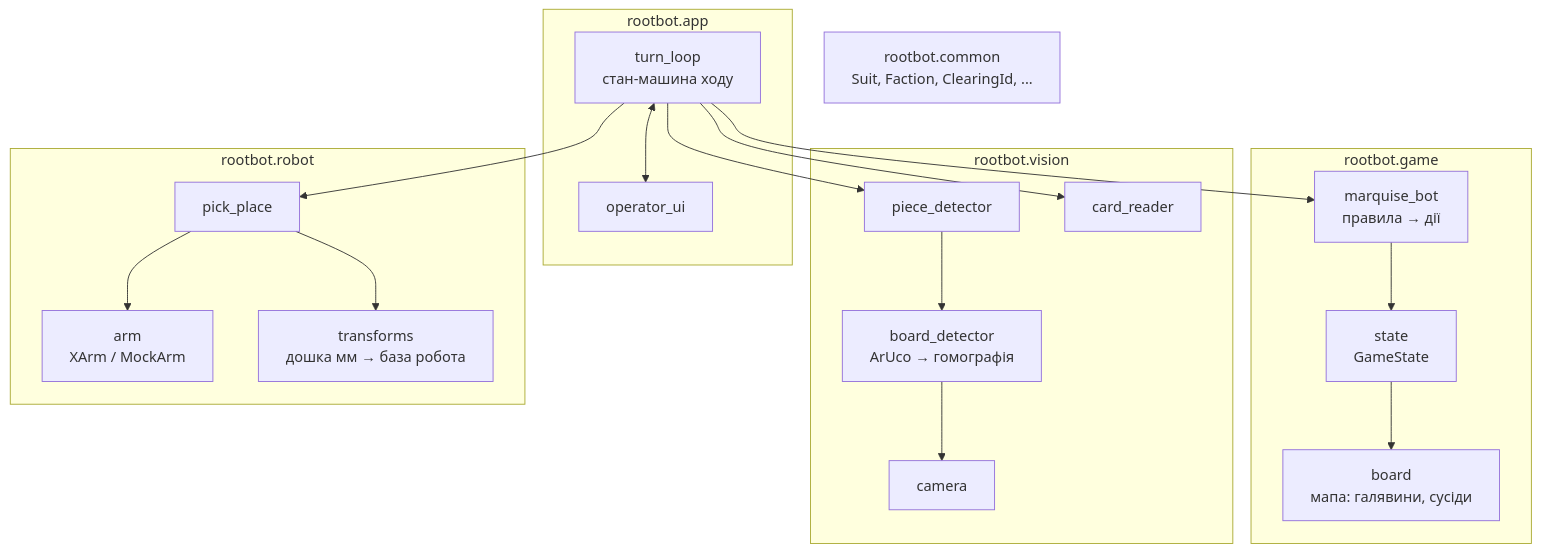
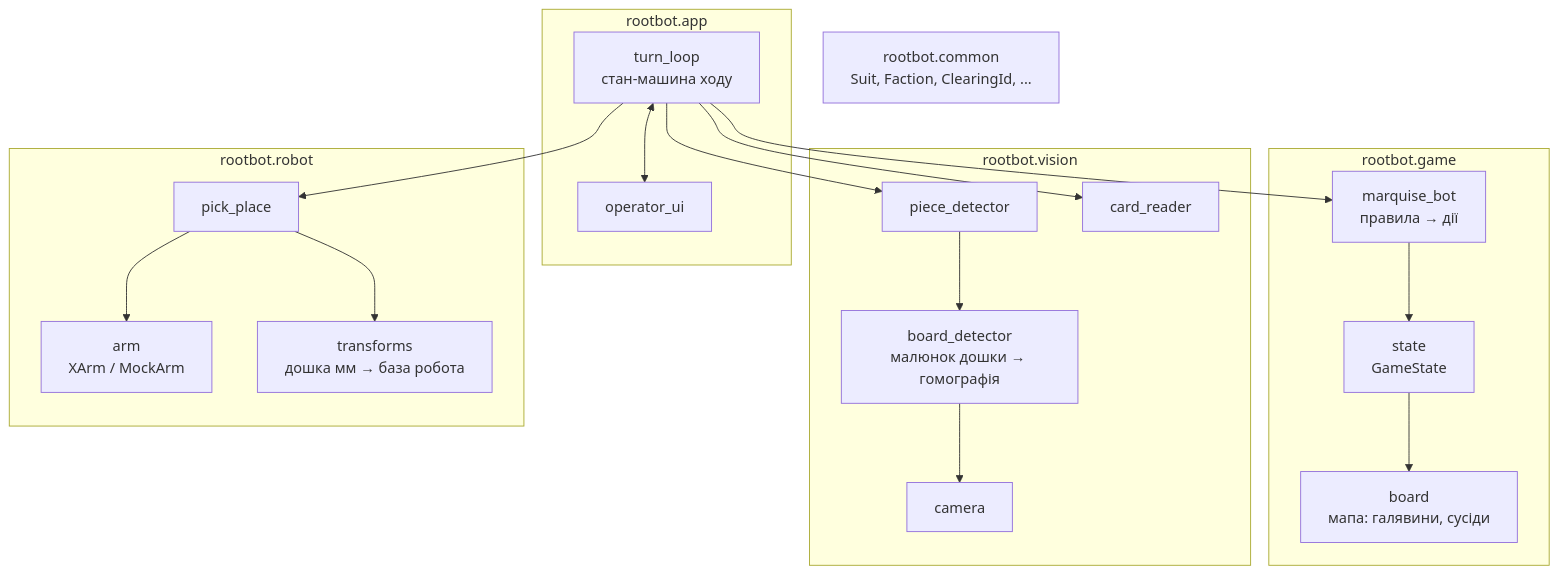
Before and after one commit to olenakshyk/RootBot: the first of 2 diagrams in docs/architecture.md, drawn with Mermaid. The commit also changed other lines of this file and 16 other files, not shown here.

````diff
--- a/docs/architecture.md
+++ b/docs/architecture.md
@@ -18,34 +18,34 @@
 ```mermaid
 flowchart TB
     subgraph app [rootbot.app]
         LOOP[turn_loop<br/>стан-машина ходу]
         UI[operator_ui]
     end
     subgraph game [rootbot.game]
         BOARD[board<br/>мапа: галявини, сусіди]
         STATE[state<br/>GameState]
         BOT[marquise_bot<br/>правила → дії]
     end
     subgraph vision [rootbot.vision]
         CAMV[camera]
-        BD[board_detector<br/>ArUco → гомографія]
+        BD[board_detector<br/>малюнок дошки → гомографія]
         PD[piece_detector]
         CR[card_reader]
     end
     subgraph robot [rootbot.robot]
         ARM[arm<br/>XArm / MockArm]
         TF[transforms<br/>дошка мм → база робота]
         PP[pick_place]
     end
     common[rootbot.common<br/>Suit, Faction, ClearingId, ...]
 
     LOOP --> BOT
     LOOP --> PD
     LOOP --> CR
     LOOP --> PP
     LOOP <--> UI
     PD --> BD --> CAMV
     PP --> TF
     PP --> ARM
     BOT --> STATE --> BOARD
 ```
````
